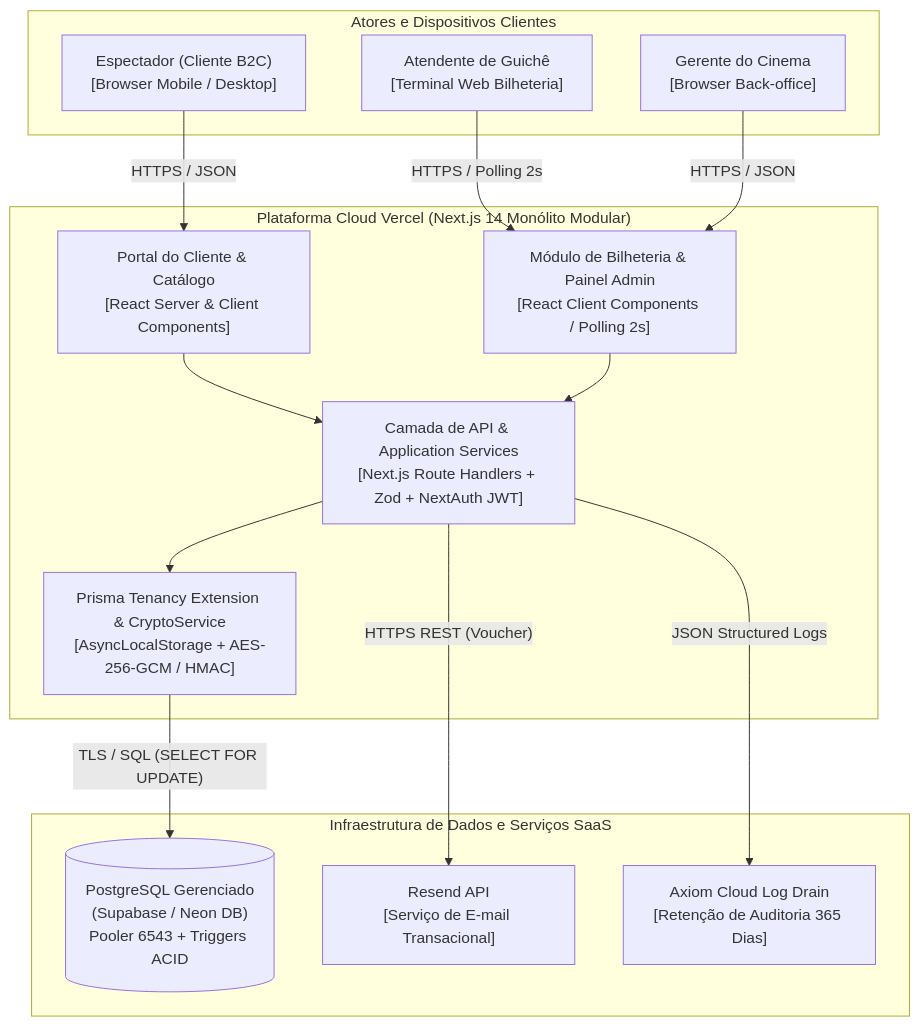
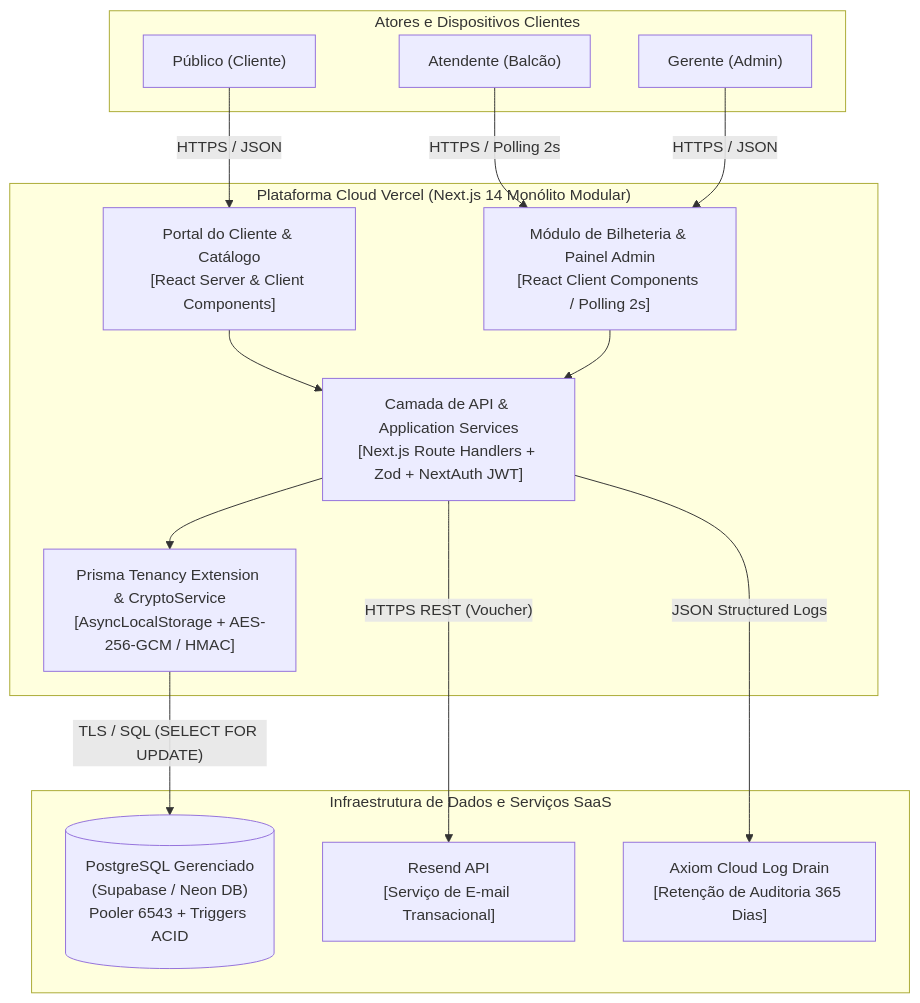
The first of 6 diagrams in manual/capitulos/05-processos-tecnicos.md (CINESOFT-SOLUTIONS/manual-processos-software), drawn with Mermaid before and after one commit. The commit also changed other lines of this file, not shown here.

````diff
--- a/manual/capitulos/05-processos-tecnicos.md
+++ b/manual/capitulos/05-processos-tecnicos.md
@@ -167,32 +228,32 @@
 ```mermaid
 flowchart TB
     subgraph Usuarios["Atores e Dispositivos Clientes"]
-        Esp["Espectador (Cliente B2C)\n[Browser Mobile / Desktop]"]
-        Atd["Atendente de Guichê\n[Terminal Web Bilheteria]"]
-        Ger["Gerente do Cinema\n[Browser Back-office]"]
+        Esp["Público (Cliente)"]
+        Atd["Atendente (Balcão)"]
+        Ger["Gerente (Admin)"]
     end
 
     subgraph Vercel["Plataforma Cloud Vercel (Next.js 14 Monólito Modular)"]
         UI_Portal["Portal do Cliente & Catálogo\n[React Server & Client Components]"]
         UI_Bilh["Módulo de Bilheteria & Painel Admin\n[React Client Components / Polling 2s]"]
         API["Camada de API & Application Services\n[Next.js Route Handlers + Zod + NextAuth JWT]"]
         Tenancy["Prisma Tenancy Extension & CryptoService\n[AsyncLocalStorage + AES-256-GCM / HMAC]"]
     end
 
     subgraph Externos["Infraestrutura de Dados e Serviços SaaS"]
         DB[("PostgreSQL Gerenciado\n(Supabase / Neon DB)\nPooler 6543 + Triggers ACID")]
         Resend["Resend API\n[Serviço de E-mail Transacional]"]
         Axiom["Axiom Cloud Log Drain\n[Retenção de Auditoria 365 Dias]"]
     end
 
     Esp -->|"HTTPS / JSON"| UI_Portal
     Atd -->|"HTTPS / Polling 2s"| UI_Bilh
     Ger -->|"HTTPS / JSON"| UI_Bilh
 
     UI_Portal --> API
     UI_Bilh --> API
     API --> Tenancy
     Tenancy -->|"TLS / SQL (SELECT FOR UPDATE)"| DB
     API -->|"HTTPS REST (Voucher)"| Resend
     API -->|"JSON Structured Logs"| Axiom
 ```
````
